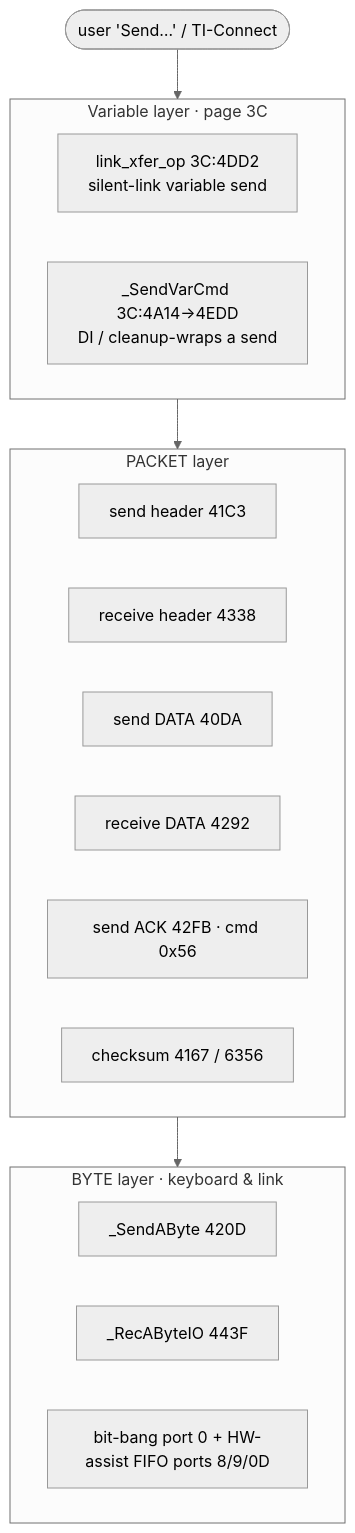
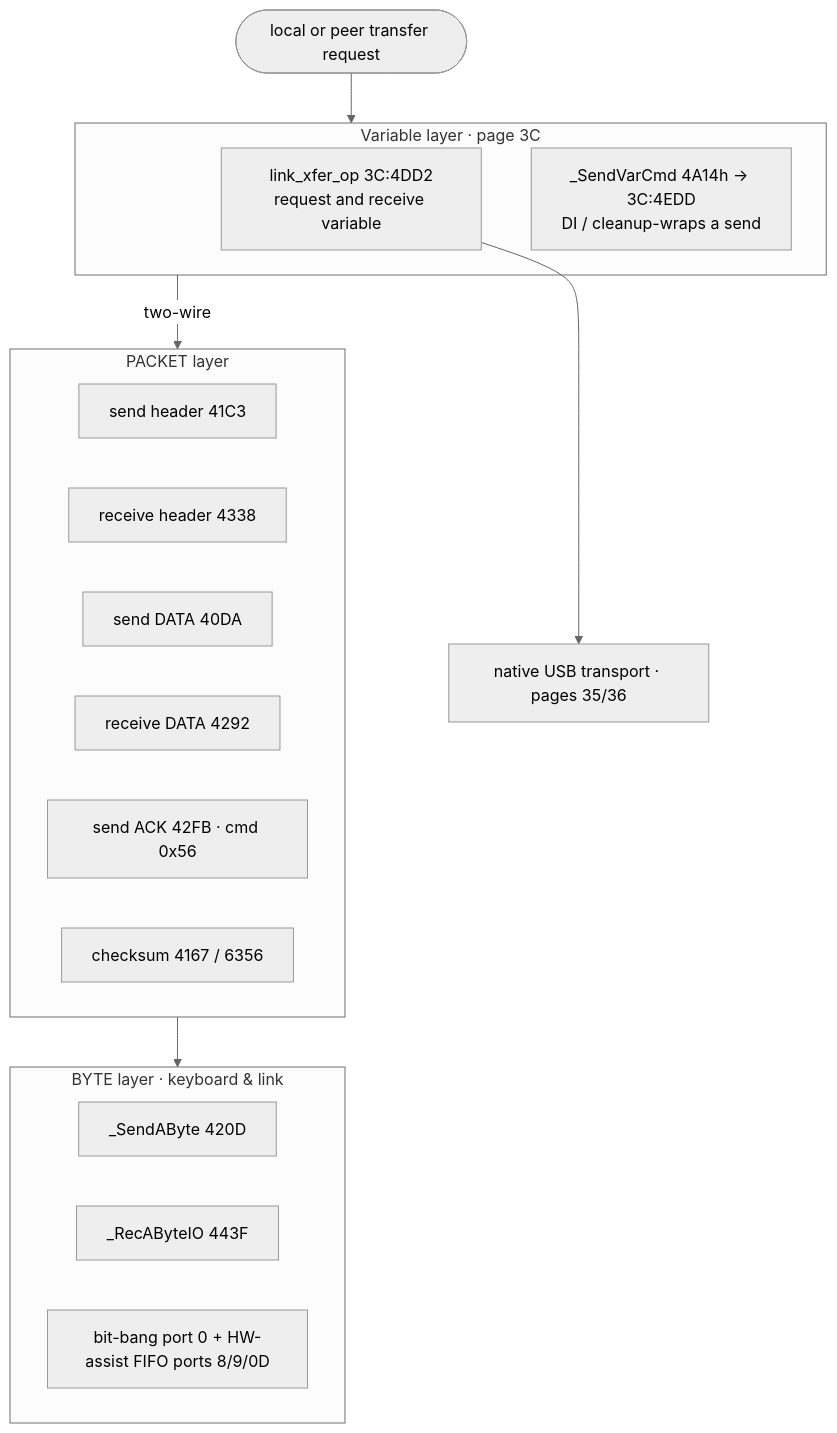
The diagram in docs/sub-link-transfer.md (siraben/ti84p-re), drawn with Mermaid (neutral theme) before and after one commit. The commit also changed other lines of this file and 72 other files, not shown here.

````diff
--- a/docs/sub-link-transfer.md
+++ b/docs/sub-link-transfer.md
@@ -15,24 +17,27 @@
 ```mermaid
 flowchart TB
-    SRC(["user 'Send…' / TI-Connect"])
+    SRC(["local or peer transfer request"])
     subgraph VAR["Variable layer · page 3C"]
-      LX["link_xfer_op 3C:4DD2<br/>silent-link variable send"]
-      SV["_SendVarCmd 3C:4A14→4EDD<br/>DI / cleanup-wraps a send"]
+      LX["link_xfer_op 3C:4DD2<br/>request and receive variable"]
+      SV["_SendVarCmd 4A14h → 3C:4EDD<br/>DI / cleanup-wraps a send"]
     end
     subgraph PKT["PACKET layer"]
       direction LR
       SH["send header 41C3"]
       RH["receive header 4338"]
       SD["send DATA 40DA"]
       RD["receive DATA 4292"]
       AK["send ACK 42FB · cmd 0x56"]
       CK["checksum 4167 / 6356"]
     end
     subgraph BYTE["BYTE layer · keyboard & link"]
       direction LR
       SB["_SendAByte 420D"]
       RB["_RecAByteIO 443F"]
       HW["bit-bang port 0 + HW-assist FIFO ports 8/9/0D"]
     end
-    SRC --> VAR --> PKT --> BYTE
+    USB["native USB transport · pages 35/36"]
+    SRC --> VAR
+    VAR -->|two-wire| PKT --> BYTE
+    LX --> USB
 ```
````
